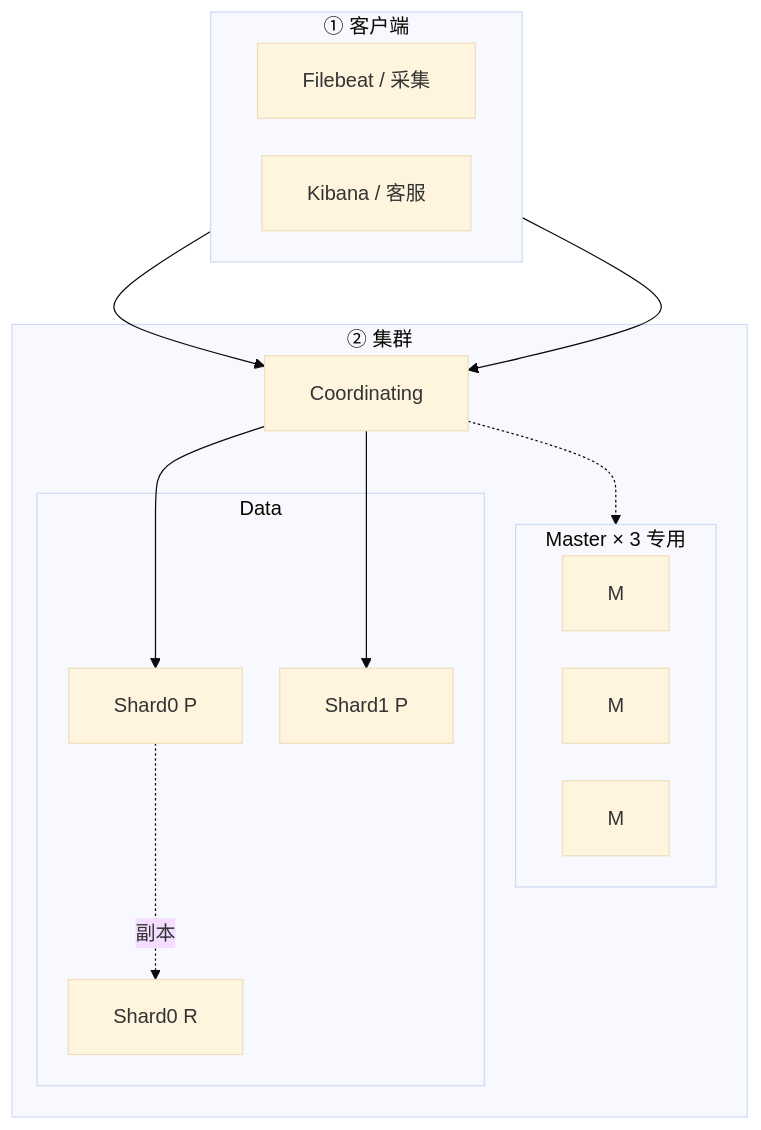
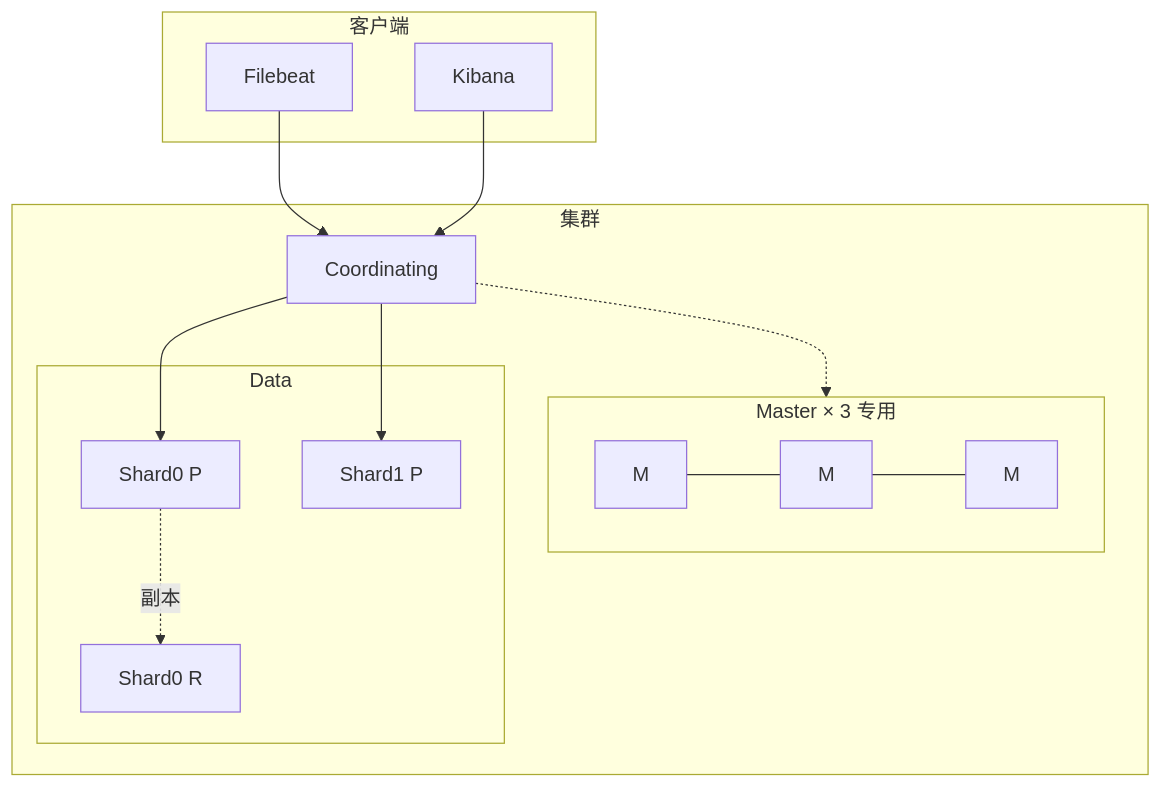
One commit to ml-cuizijun/LearnToLilith changed the second of 6 diagrams in 02-中间件与数据库/04-Elasticsearch/知识点.md. Above: the diagram before and after it, drawn with Mermaid. The commit also changed other lines of this file and 178 other files, not shown here.

````diff
--- a/02-中间件与数据库/04-Elasticsearch/知识点.md
+++ b/02-中间件与数据库/04-Elasticsearch/知识点.md
@@ -102,36 +76,24 @@
 ```mermaid
-%%{init: {"flowchart": {"padding": 18, "nodeSpacing": 30, "rankSpacing": 50}, "theme": "base"}}%%
 flowchart TB
-    subgraph clients ["① 客户端"]
-        direction LR
-        beat[Filebeat / 采集]
-        kib[Kibana / 客服]
+    subgraph clients ["客户端"]
+        beat[Filebeat]
+        kib[Kibana]
     end
-
-    subgraph cluster ["② 集群"]
+    subgraph cluster ["集群"]
         coord[Coordinating]
-        subgraph masterG ["Master × 3 专用"]
-            m1[M]
-            m2[M]
-            m3[M]
+        subgraph masters ["Master × 3 专用"]
+            m1[M] --- m2[M] --- m3[M]
         end
-        subgraph dataG ["Data"]
-            d1[Shard0 P]
-            d2[Shard0 R]
-            d3[Shard1 P]
+        subgraph data ["Data"]
+            p0[Shard0 P]
+            r0[Shard0 R]
+            p1[Shard1 P]
         end
-        coord --> d1
-        coord --> d3
-        d1 -.->|副本| d2
+        coord --> p0
+        coord --> p1
+        p0 -.->|副本| r0
     end
-
     beat --> coord
     kib --> coord
-    coord -.-> masterG
-
-    class beat,kib client
-    class m1,m2,m3 m
-    class d1,d2,d3 d
-    class coord c
-
+    coord -.-> masters
 ```
````
